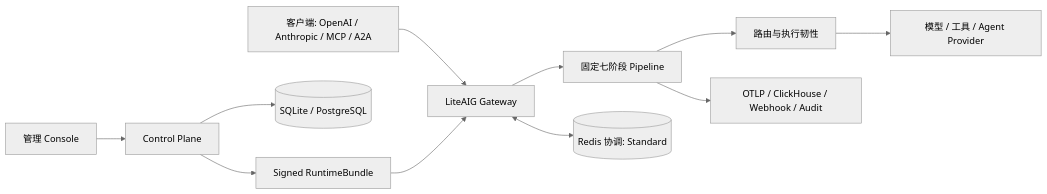
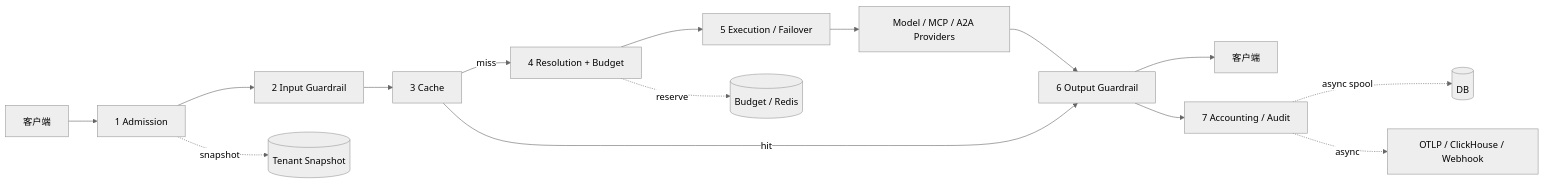
Before and after one commit to F31/liteAIG: the second of 2 diagrams in README.zh-CN.md, drawn with Mermaid (neutral theme). The commit also changed other lines of this file and 1 other file, not shown here.

First line of the commit message:
docs: refactor architecture views and correct AI gateway comparison

````diff
--- a/README.zh-CN.md
+++ b/README.zh-CN.md
@@ -107,13 +215,18 @@
 ```mermaid
 flowchart LR
-  C[客户端: OpenAI / Anthropic / MCP / A2A] --> G[LiteAIG Gateway]
-  A[管理 Console] --> CP[Control Plane]
-  CP --> DB[(SQLite / PostgreSQL)]
-  CP --> RB[Signed RuntimeBundle]
-  RB --> G
-  G --> P[固定七阶段 Pipeline]
-  P --> RT[路由与执行韧性]
-  RT --> PR[模型 / 工具 / Agent Provider]
-  G <--> RD[(Redis 协调: Standard)]
-  P --> O[OTLP / ClickHouse / Webhook / Audit]
+  C[客户端] --> A[1 Admission]
+  A --> G[2 Input Guardrail]
+  G --> CA[3 Cache]
+  CA -->|miss| R[4 Resolution + Budget]
+  R --> E[5 Execution / Failover]
+  E --> P[Model / MCP / A2A Providers]
+  P --> O[6 Output Guardrail]
+  O --> CL[客户端]
+  CA -->|hit| O
+
+  A -.->|snapshot| S[(Tenant Snapshot)]
+  R -.->|reserve| B[(Budget / Redis)]
+  O --> AC[7 Accounting / Audit]
+  AC -.->|async spool| DB[(DB)]
+  AC -.->|async| OBS[OTLP / ClickHouse / Webhook]
 ```
````
